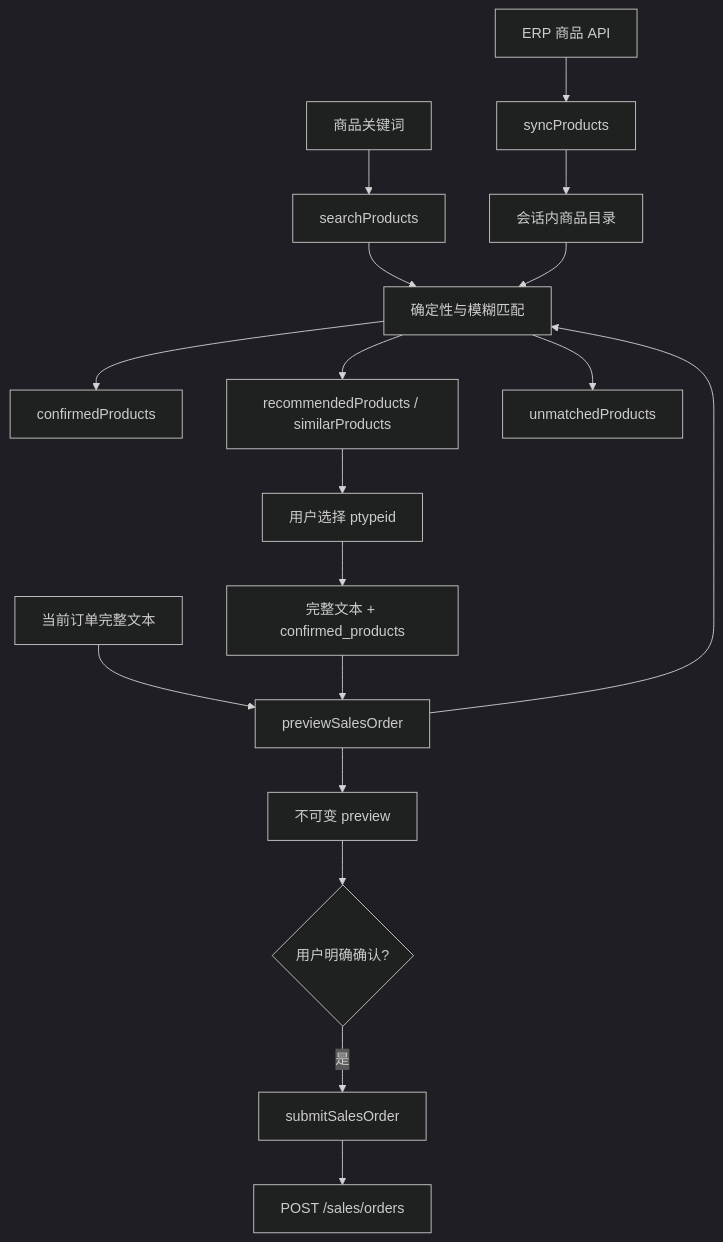
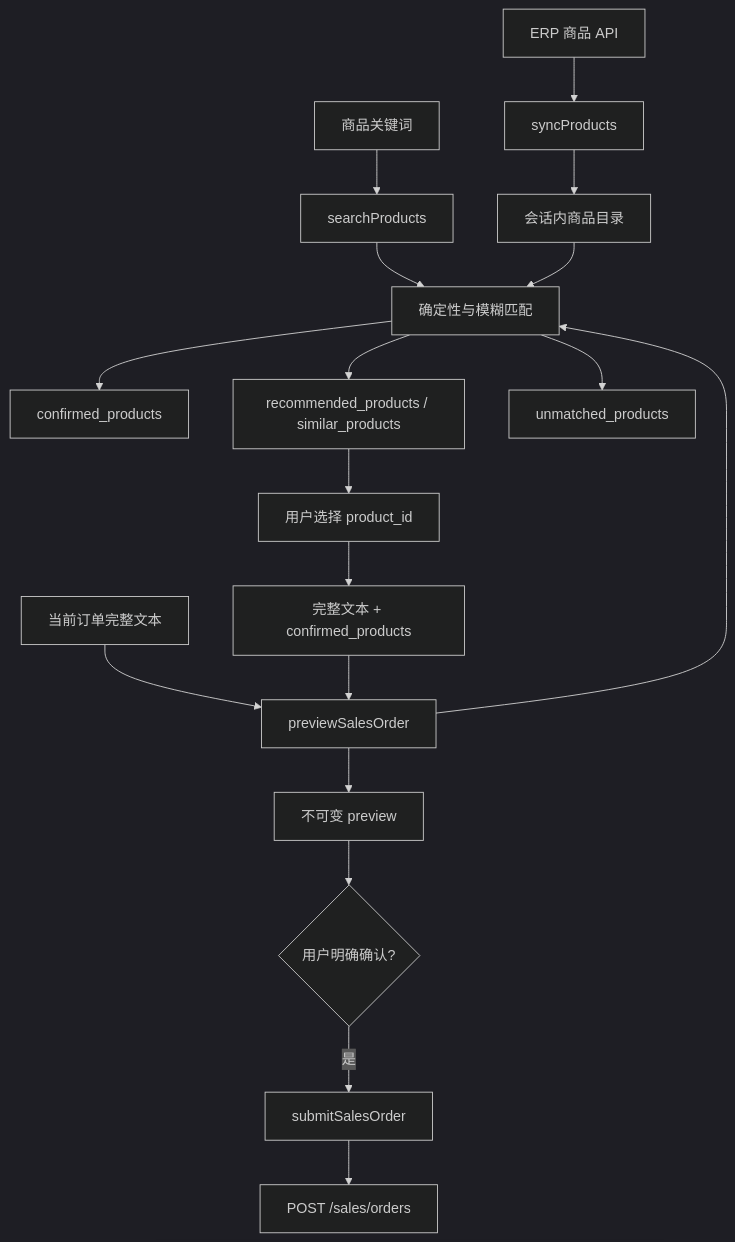
One commit to 757607106/gjp-cyb-mcp changed the fourth of 4 diagrams in docs/architecture/architecture-diagrams.md. Above: the diagram before and after it, drawn with Mermaid (dark theme). The commit also changed other lines of this file and 24 other files, not shown here.

````diff
--- a/docs/architecture/architecture-diagrams.md
+++ b/docs/architecture/architecture-diagrams.md
@@ -97,14 +97,14 @@
 ```mermaid
 flowchart TB
     ERP["ERP 商品 API"] --> Sync["syncProducts"] --> Catalog["会话内商品目录"]
     Query["商品关键词"] --> Search["searchProducts"] --> Matcher["确定性与模糊匹配"]
     Text["当前订单完整文本"] --> Draft["previewSalesOrder"] --> Matcher
     Catalog --> Matcher
-    Matcher --> Confirmed["confirmedProducts"]
-    Matcher --> Recommended["recommendedProducts / similarProducts"]
-    Matcher --> Unmatched["unmatchedProducts"]
-    Recommended --> Choice["用户选择 ptypeid"]
+    Matcher --> Confirmed["confirmed_products"]
+    Matcher --> Recommended["recommended_products / similar_products"]
+    Matcher --> Unmatched["unmatched_products"]
+    Recommended --> Choice["用户选择 product_id"]
     Choice --> Retry["完整文本 + confirmed_products"] --> Draft
     Draft --> Preview["不可变 preview"] --> UserConfirm{"用户明确确认?"}
     UserConfirm -->|是| Submit["submitSalesOrder"] --> SalesApi["POST /sales/orders"]
 ```
````
